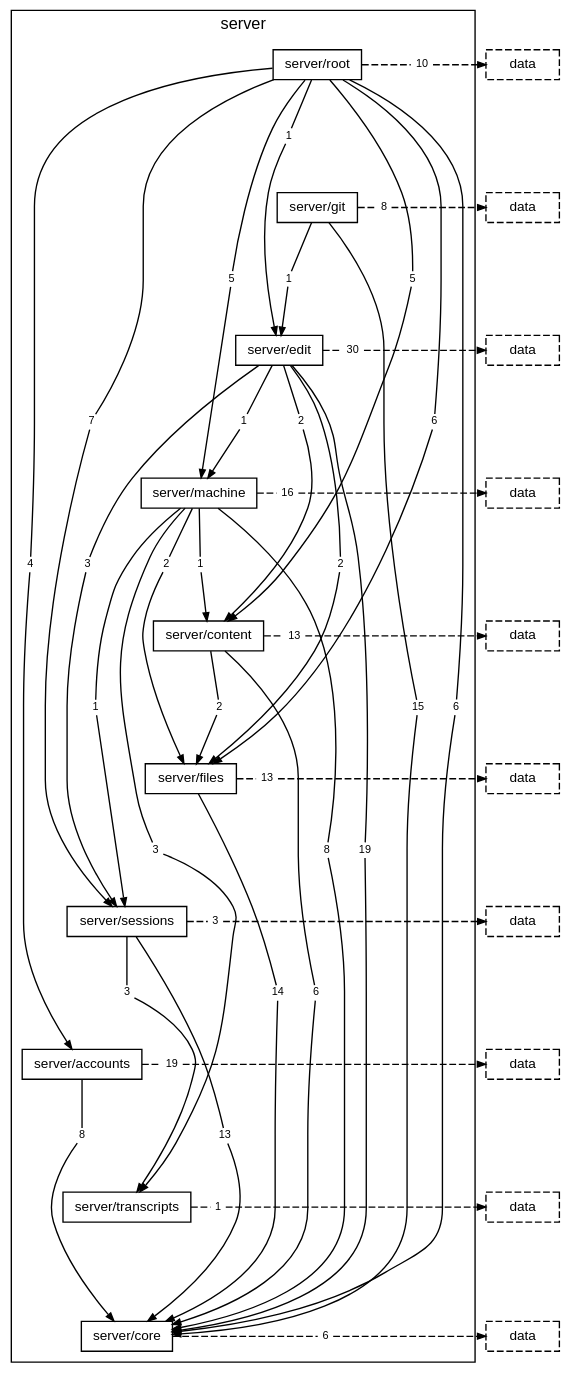
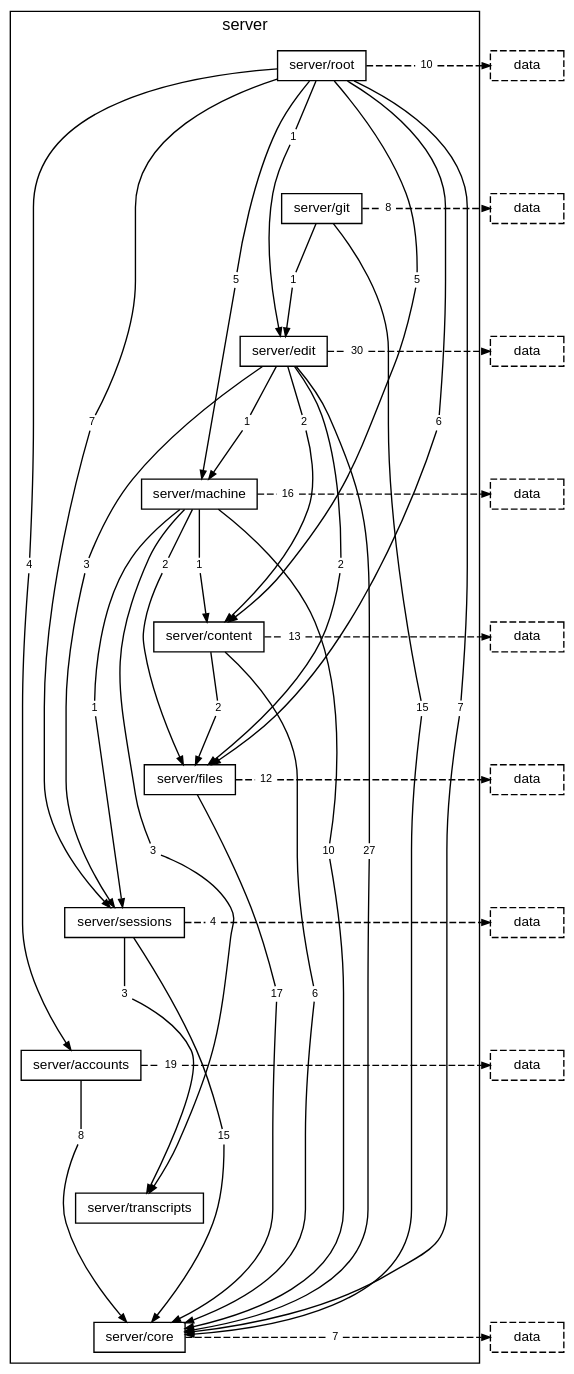
Before and after one commit to TheAxeC/oculus: the diagram in docs/diagrams/layer-server.dot, drawn with Graphviz. The commit also changed 56 other files, not shown here.

First line of the commit message:
Land Q85a2, zod in the edit, sessions and transcripts folders

```diff
--- a/docs/diagrams/layer-server.dot
+++ b/docs/diagrams/layer-server.dot
@@ -16,7 +16,7 @@
         "folder server/core" [label="server/core"];
         "folder server/root to folder server/accounts" [label="4", shape=box, color="transparent", fontsize=8, width=0, height=0, margin="0.04,0.02"];
         "folder server/root to folder server/content" [label="5", shape=box, color="transparent", fontsize=8, width=0, height=0, margin="0.04,0.02"];
-        "folder server/root to folder server/core" [label="6", shape=box, color="transparent", fontsize=8, width=0, height=0, margin="0.04,0.02"];
+        "folder server/root to folder server/core" [label="7", shape=box, color="transparent", fontsize=8, width=0, height=0, margin="0.04,0.02"];
         "folder server/root to folder server/edit" [label="1", shape=box, color="transparent", fontsize=8, width=0, height=0, margin="0.04,0.02"];
         "folder server/root to folder server/files" [label="6", shape=box, color="transparent", fontsize=8, width=0, height=0, margin="0.04,0.02"];
         "folder server/root to folder server/machine" [label="5", shape=box, color="transparent", fontsize=8, width=0, height=0, margin="0.04,0.02"];
@@ -26,13 +26,13 @@
         "folder server/git to folder server/edit" [label="1", shape=box, color="transparent", fontsize=8, width=0, height=0, margin="0.04,0.02"];
         "folder server/git to layer data" [label="8", shape=box, color="transparent", fontsize=8, width=0, height=0, margin="0.04,0.02"];
         "folder server/edit to folder server/content" [label="2", shape=box, color="transparent", fontsize=8, width=0, height=0, margin="0.04,0.02"];
-        "folder server/edit to folder server/core" [label="19", shape=box, color="transparent", fontsize=8, width=0, height=0, margin="0.04,0.02"];
+        "folder server/edit to folder server/core" [label="27", shape=box, color="transparent", fontsize=8, width=0, height=0, margin="0.04,0.02"];
         "folder server/edit to folder server/files" [label="2", shape=box, color="transparent", fontsize=8, width=0, height=0, margin="0.04,0.02"];
         "folder server/edit to folder server/machine" [label="1", shape=box, color="transparent", fontsize=8, width=0, height=0, margin="0.04,0.02"];
         "folder server/edit to folder server/sessions" [label="3", shape=box, color="transparent", fontsize=8, width=0, height=0, margin="0.04,0.02"];
         "folder server/edit to layer data" [label="30", shape=box, color="transparent", fontsize=8, width=0, height=0, margin="0.04,0.02"];
         "folder server/machine to folder server/content" [label="1", shape=box, color="transparent", fontsize=8, width=0, height=0, margin="0.04,0.02"];
-        "folder server/machine to folder server/core" [label="8", shape=box, color="transparent", fontsize=8, width=0, height=0, margin="0.04,0.02"];
+        "folder server/machine to folder server/core" [label="10", shape=box, color="transparent", fontsize=8, width=0, height=0, margin="0.04,0.02"];
         "folder server/machine to folder server/files" [label="2", shape=box, color="transparent", fontsize=8, width=0, height=0, margin="0.04,0.02"];
         "folder server/machine to folder server/sessions" [label="1", shape=box, color="transparent", fontsize=8, width=0, height=0, margin="0.04,0.02"];
         "folder server/machine to folder server/transcripts" [label="3", shape=box, color="transparent", fontsize=8, width=0, height=0, margin="0.04,0.02"];
@@ -40,15 +40,14 @@
         "folder server/content to folder server/core" [label="6", shape=box, color="transparent", fontsize=8, width=0, height=0, margin="0.04,0.02"];
         "folder server/content to folder server/files" [label="2", shape=box, color="transparent", fontsize=8, width=0, height=0, margin="0.04,0.02"];
         "folder server/content to layer data" [label="13", shape=box, color="transparent", fontsize=8, width=0, height=0, margin="0.04,0.02"];
-        "folder server/files to folder server/core" [label="14", shape=box, color="transparent", fontsize=8, width=0, height=0, margin="0.04,0.02"];
-        "folder server/files to layer data" [label="13", shape=box, color="transparent", fontsize=8, width=0, height=0, margin="0.04,0.02"];
-        "folder server/sessions to folder server/core" [label="13", shape=box, color="transparent", fontsize=8, width=0, height=0, margin="0.04,0.02"];
+        "folder server/files to folder server/core" [label="17", shape=box, color="transparent", fontsize=8, width=0, height=0, margin="0.04,0.02"];
+        "folder server/files to layer data" [label="12", shape=box, color="transparent", fontsize=8, width=0, height=0, margin="0.04,0.02"];
+        "folder server/sessions to folder server/core" [label="15", shape=box, color="transparent", fontsize=8, width=0, height=0, margin="0.04,0.02"];
         "folder server/sessions to folder server/transcripts" [label="3", shape=box, color="transparent", fontsize=8, width=0, height=0, margin="0.04,0.02"];
-        "folder server/sessions to layer data" [label="3", shape=box, color="transparent", fontsize=8, width=0, height=0, margin="0.04,0.02"];
+        "folder server/sessions to layer data" [label="4", shape=box, color="transparent", fontsize=8, width=0, height=0, margin="0.04,0.02"];
         "folder server/accounts to folder server/core" [label="8", shape=box, color="transparent", fontsize=8, width=0, height=0, margin="0.04,0.02"];
         "folder server/accounts to layer data" [label="19", shape=box, color="transparent", fontsize=8, width=0, height=0, margin="0.04,0.02"];
-        "folder server/transcripts to layer data" [label="1", shape=box, color="transparent", fontsize=8, width=0, height=0, margin="0.04,0.02"];
-        "folder server/core to layer data" [label="6", shape=box, color="transparent", fontsize=8, width=0, height=0, margin="0.04,0.02"];
+        "folder server/core to layer data" [label="7", shape=box, color="transparent", fontsize=8, width=0, height=0, margin="0.04,0.02"];
     }
     "layer data from folder server/root" [label="data", style=dashed];
     "layer data from folder server/git" [label="data", style=dashed];
@@ -58,7 +57,6 @@
     "layer data from folder server/files" [label="data", style=dashed];
     "layer data from folder server/sessions" [label="data", style=dashed];
     "layer data from folder server/accounts" [label="data", style=dashed];
-    "layer data from folder server/transcripts" [label="data", style=dashed];
     "layer data from folder server/core" [label="data", style=dashed];
     "folder server/root" -> "folder server/git" [style=invis, weight=10, minlen=2];
     "folder server/git" -> "folder server/edit" [style=invis, weight=10, minlen=2];
@@ -143,9 +141,6 @@
     "folder server/accounts" -> "folder server/accounts to layer data" [arrowhead=none, style=dashed];
     "folder server/accounts to layer data" -> "layer data from folder server/accounts" [style=dashed];
     { rank=same; "folder server/accounts"; "folder server/accounts to layer data"; "layer data from folder server/accounts"; }
-    "folder server/transcripts" -> "folder server/transcripts to layer data" [arrowhead=none, style=dashed];
-    "folder server/transcripts to layer data" -> "layer data from folder server/transcripts" [style=dashed];
-    { rank=same; "folder server/transcripts"; "folder server/transcripts to layer data"; "layer data from folder server/transcripts"; }
     "folder server/core" -> "folder server/core to layer data" [arrowhead=none, style=dashed];
     "folder server/core to layer data" -> "layer data from folder server/core" [style=dashed];
     { rank=same; "folder server/core"; "folder server/core to layer data"; "layer data from folder server/core"; }
```
